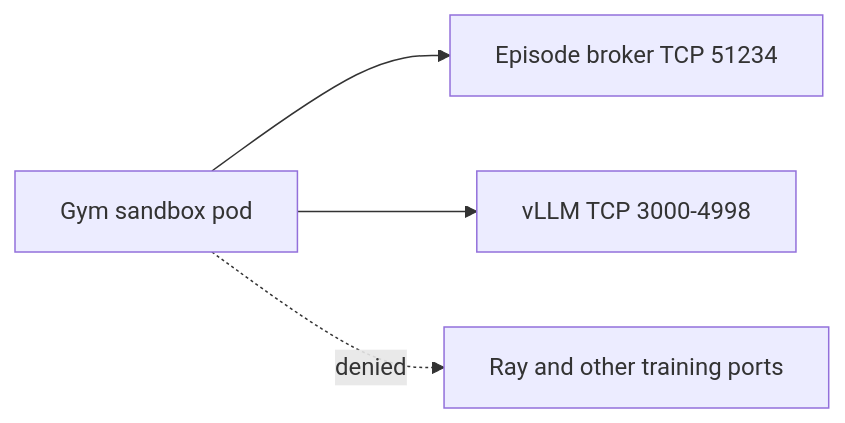
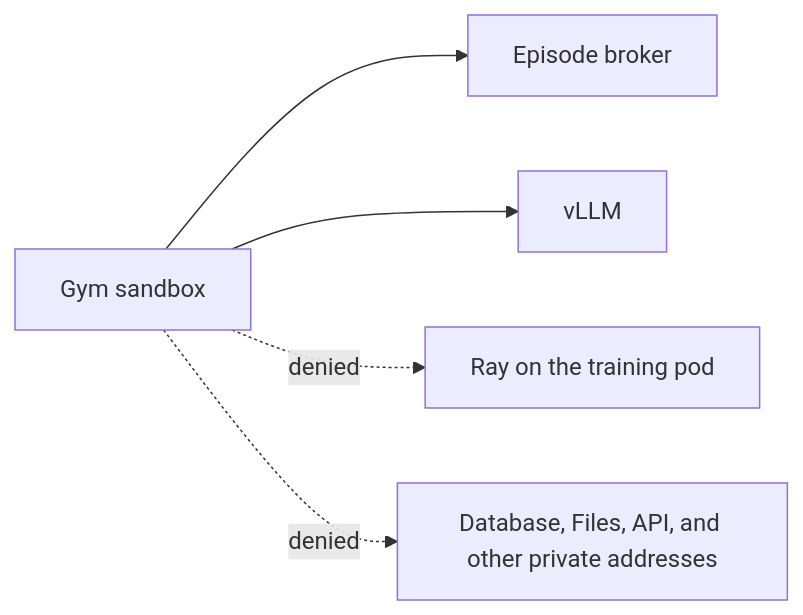
The diagram in docs/set-up/helm/sandboxed-grpo.mdx (NVIDIA-NeMo/nemo-helix), drawn with Mermaid before and after one commit. The commit also changed other lines of this file and 1 other file, not shown here.

Commit message:
Some things here didn't really flow well

````diff
--- a/docs/set-up/helm/sandboxed-grpo.mdx
+++ b/docs/set-up/helm/sandboxed-grpo.mdx
@@ -120,10 +151,12 @@
 ```mermaid
 flowchart LR
-  gym["Gym sandbox pod"]
-  broker["Episode broker TCP 51234"]
-  vllm["vLLM TCP 3000-4998"]
-  ray["Ray and other training ports"]
+  gym["Gym sandbox"]
+  broker["Episode broker"]
+  vllm["vLLM"]
+  ray["Ray on the training pod"]
+  private["Database, Files, API, and other private addresses"]
   gym --> broker
   gym --> vllm
   gym -.->|denied| ray
+  gym -.->|denied| private
 ```
````
